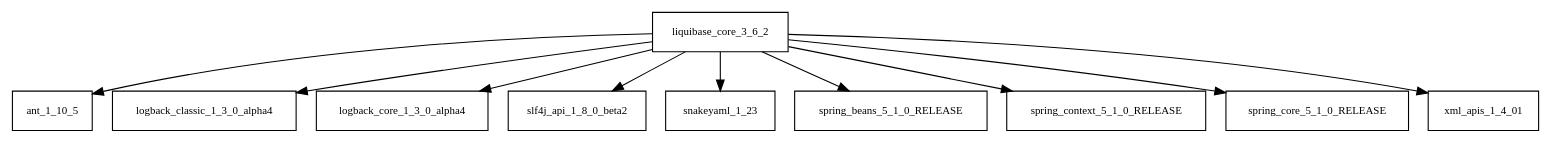
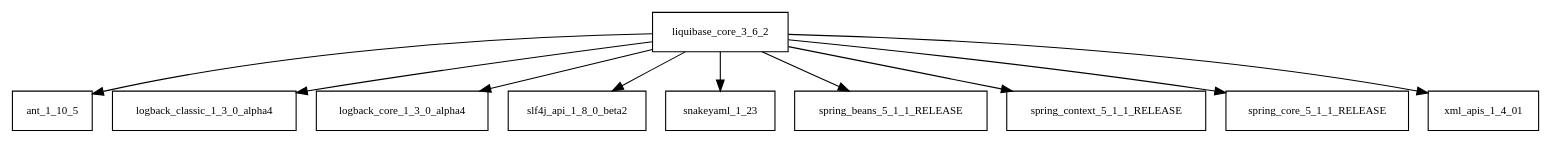
The diagram in tattleTaleReport/graphviz/liquibase-core-3.6.2.jar/liquibase-core-3.6.2.jar.dot (Hack23/cia), drawn with Graphviz before and after one commit. The commit also changed 2494 other files, not shown here.

```diff
--- a/tattleTaleReport/graphviz/liquibase-core-3.6.2.jar/liquibase-core-3.6.2.jar.dot
+++ b/tattleTaleReport/graphviz/liquibase-core-3.6.2.jar/liquibase-core-3.6.2.jar.dot
@@ -1,12 +1,12 @@
 digraph liquibase_core_3_6_2_dependencies {
   node [shape = box, fontsize=10.0];
   liquibase_core_3_6_2 -> ant_1_10_5;
   liquibase_core_3_6_2 -> logback_classic_1_3_0_alpha4;
   liquibase_core_3_6_2 -> logback_core_1_3_0_alpha4;
   liquibase_core_3_6_2 -> slf4j_api_1_8_0_beta2;
   liquibase_core_3_6_2 -> snakeyaml_1_23;
-  liquibase_core_3_6_2 -> spring_beans_5_1_0_RELEASE;
-  liquibase_core_3_6_2 -> spring_context_5_1_0_RELEASE;
-  liquibase_core_3_6_2 -> spring_core_5_1_0_RELEASE;
+  liquibase_core_3_6_2 -> spring_beans_5_1_1_RELEASE;
+  liquibase_core_3_6_2 -> spring_context_5_1_1_RELEASE;
+  liquibase_core_3_6_2 -> spring_core_5_1_1_RELEASE;
   liquibase_core_3_6_2 -> xml_apis_1_4_01;
 }
```
